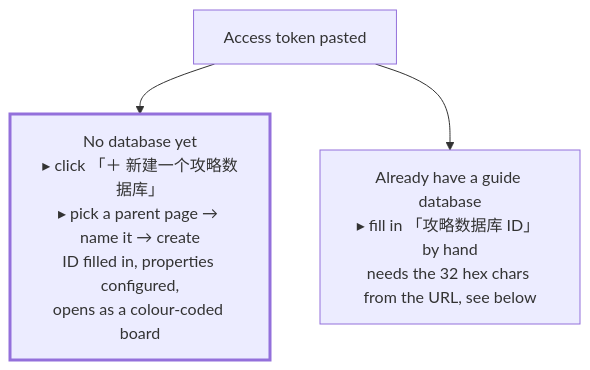
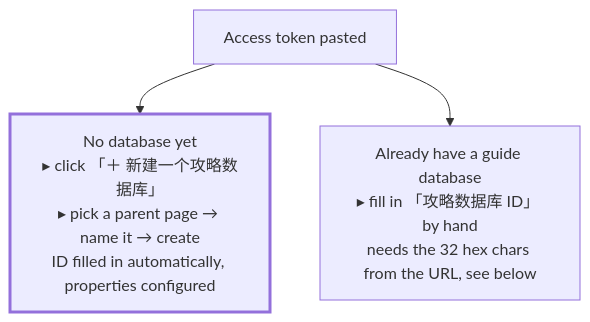
One commit to LethalKebab/steam-achievement-tracker changed the second of 2 diagrams in docs/notion-setup.md. Above: the diagram before and after it, drawn with Mermaid. The commit also changed other lines of this file, not shown here.

````diff
--- a/docs/notion-setup.md
+++ b/docs/notion-setup.md
@@ -68,6 +68,6 @@
 ```mermaid
 flowchart TD
-    S["Access token pasted"] --> L["No database yet<br/>▸ click 「＋ 新建一个攻略数据库」<br/>▸ pick a parent page → name it → create<br/>ID filled in, properties configured,<br/>opens as a colour-coded board"]
+    S["Access token pasted"] --> L["No database yet<br/>▸ click 「＋ 新建一个攻略数据库」<br/>▸ pick a parent page → name it → create<br/>ID filled in automatically, properties configured"]
     S --> R["Already have a guide database<br/>▸ fill in 「攻略数据库 ID」 by hand<br/>needs the 32 hex chars from the URL, see below"]
     style L stroke-width:3px
 ```
````
